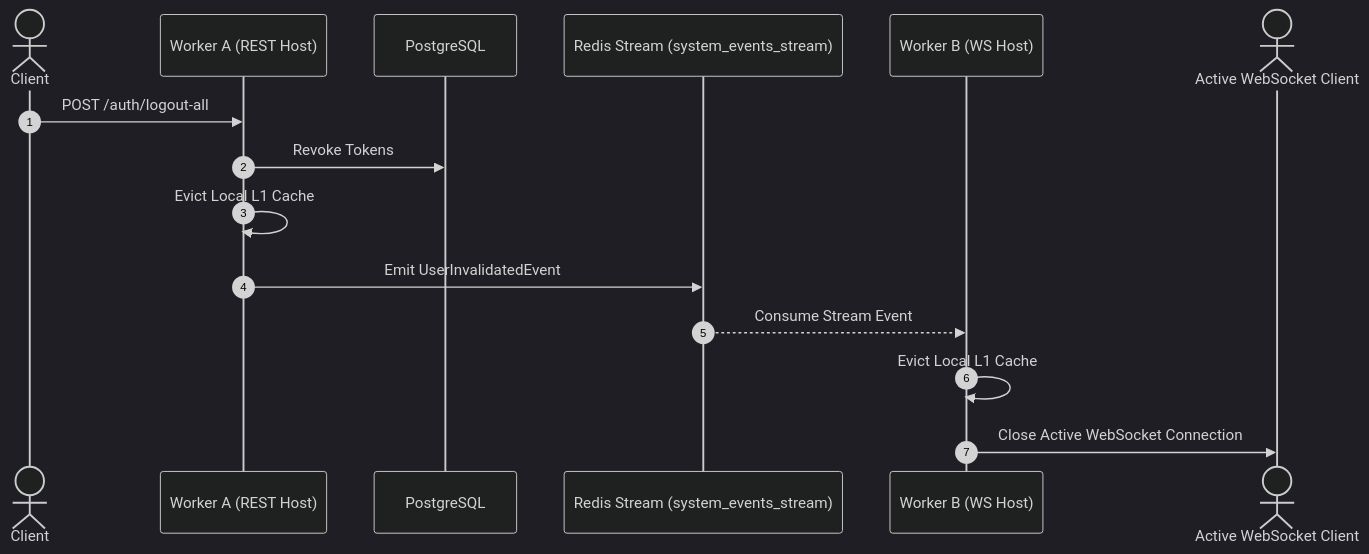
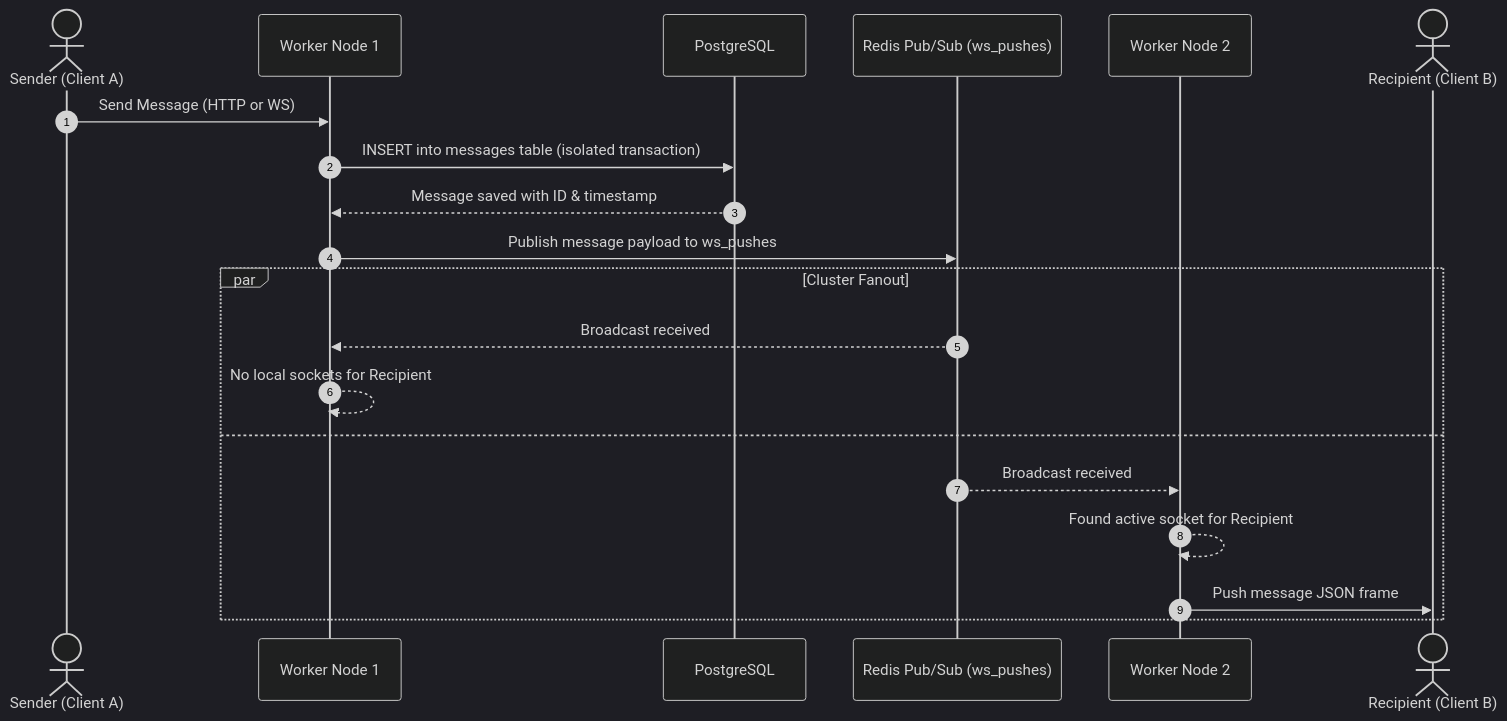
One commit to mariosman06/messenger-backend changed the fourth of 5 diagrams in README.md. Above: the diagram before and after it, drawn with Mermaid (dark theme). The commit also changed other lines of this file, not shown here.

First line of the commit message:
docs(readme): comprehensive architecture rework, sequence diagrams, and concurrency analysis

````diff
--- a/README.md
+++ b/README.md
@@ -119,19 +173,24 @@
 ```mermaid
 sequenceDiagram
     autonumber
-    actor Client
-    participant WorkerA as Worker A (REST Host)
+    actor Sender as Sender (Client A)
+    participant W1 as Worker Node 1
     participant DB as PostgreSQL
-    participant Stream as Redis Stream (system_events_stream)
-    participant WorkerB as Worker B (WS Host)
-    actor RevokedUser as Active WebSocket Client
+    participant PubSub as Redis Pub/Sub (ws_pushes)
+    participant W2 as Worker Node 2
+    actor Receiver as Recipient (Client B)
 
-    Client->>WorkerA: POST /auth/logout-all
-    WorkerA->>DB: Revoke Tokens
-    WorkerA->>WorkerA: Evict Local L1 Cache
-    WorkerA->>Stream: Emit UserInvalidatedEvent
-    Stream-->>WorkerB: Consume Stream Event
-    WorkerB->>WorkerB: Evict Local L1 Cache
-    WorkerB->>RevokedUser: Close Active WebSocket Connection
+    Sender->>W1: Send Message (HTTP or WS)
+    W1->>DB: INSERT into messages table (isolated transaction)
+    DB-->>W1: Message saved with ID & timestamp
+    W1->>PubSub: Publish message payload to ws_pushes
 
+    par Cluster Fanout
+        PubSub-->>W1: Broadcast received
+        W1-->>W1: No local sockets for Recipient
+    and
+        PubSub-->>W2: Broadcast received
+        W2-->>W2: Found active socket for Recipient
+        W2->>Receiver: Push message JSON frame
+    end
 ```
````
